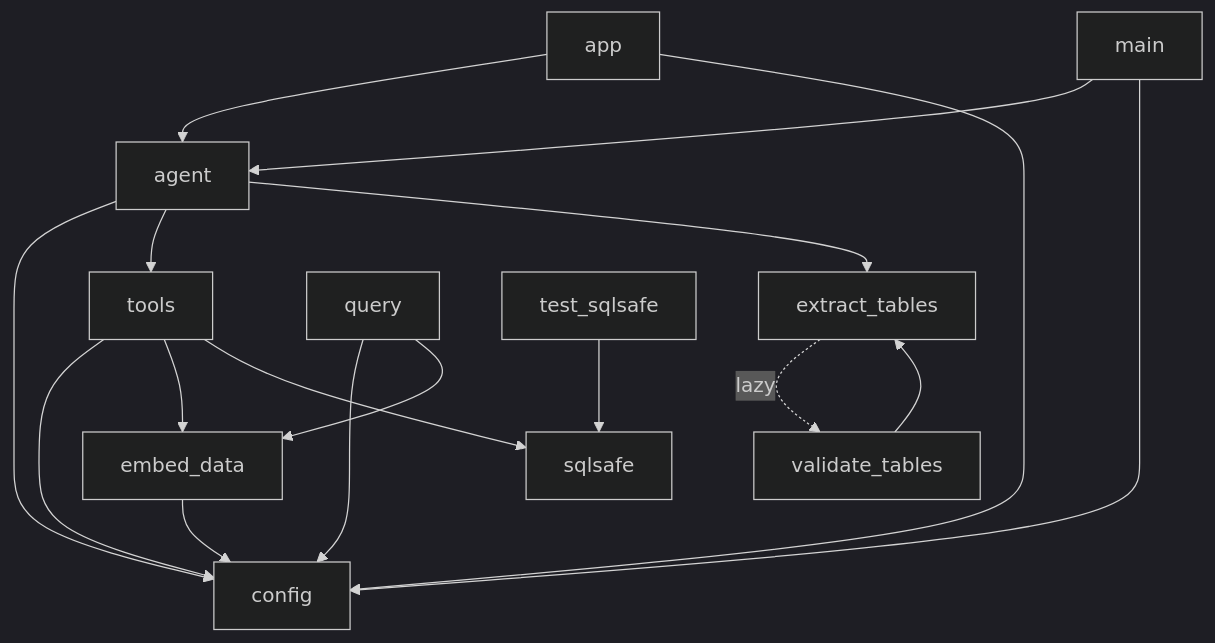
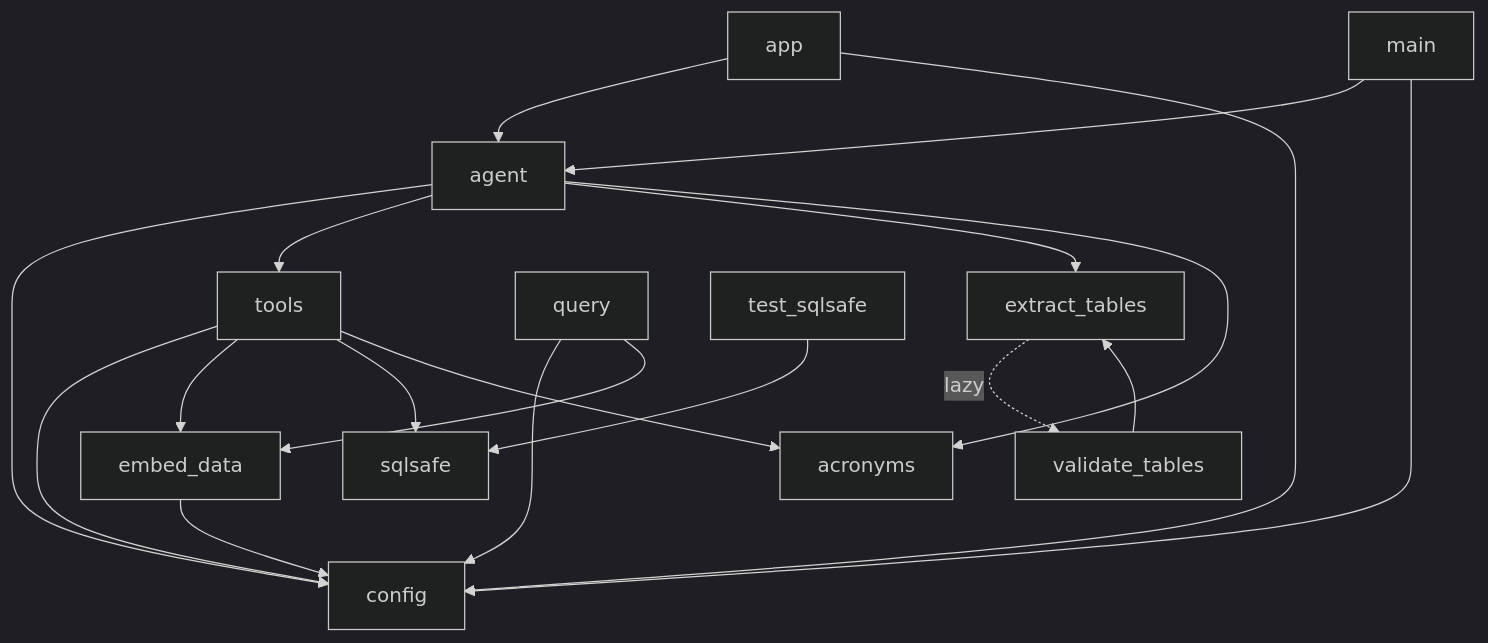
Before and after one commit to Adhamelnaqib1/NBA_RAG: the third of 3 diagrams in README.md, drawn with Mermaid (dark theme). The commit also changed other lines of this file, not shown here.

````diff
--- a/README.md
+++ b/README.md
@@ -92,19 +94,21 @@
 ```mermaid
 flowchart TD
     app --> agent
     app --> config
     main --> agent
     main --> config
     agent --> config
     agent --> tools
     agent --> extract_tables
     tools --> config
     tools --> embed_data
     tools --> sqlsafe
+    tools --> acronyms
+    agent --> acronyms
     embed_data --> config
     query --> config
     query --> embed_data
     extract_tables -.lazy.-> validate_tables
     validate_tables --> extract_tables
     test_sqlsafe --> sqlsafe
 ```
````
